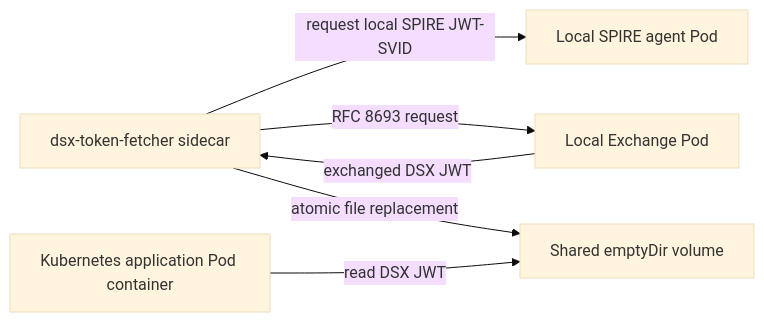
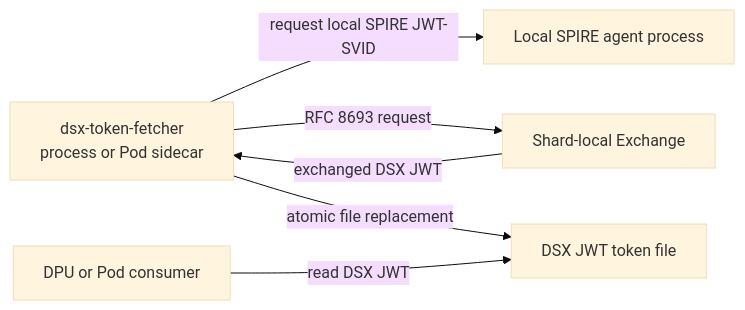
The diagram in cmd/dsx-token-fetcher/README.md (dsx-ai-factory/nvidia-workload-identity), drawn with Mermaid (base theme) before and after one commit. The commit also changed other lines of this file and 93 other files, not shown here.

````diff
--- a/cmd/dsx-token-fetcher/README.md
+++ b/cmd/dsx-token-fetcher/README.md
@@ -8,8 +8,8 @@
 ```mermaid
 flowchart LR
-    Sidecar["dsx-token-fetcher sidecar"] -->|"request local SPIRE JWT-SVID"| Agent["Local SPIRE agent Pod"]
-    Sidecar -->|"RFC 8693 request"| Exchange["Local Exchange Pod"]
-    Exchange -->|"exchanged DSX JWT"| Sidecar
-    Sidecar -->|"atomic file replacement"| Volume["Shared emptyDir volume"]
-    App["Kubernetes application Pod container"] -->|"read DSX JWT"| Volume
+    Fetcher["dsx-token-fetcher<br/>process or Pod sidecar"] -->|"request local SPIRE JWT-SVID"| Agent["Local SPIRE agent process"]
+    Fetcher -->|"RFC 8693 request"| Exchange["Shard-local Exchange"]
+    Exchange -->|"exchanged DSX JWT"| Fetcher
+    Fetcher -->|"atomic file replacement"| File["DSX JWT token file"]
+    Consumer["DPU or Pod consumer"] -->|"read DSX JWT"| File
 ```
````
